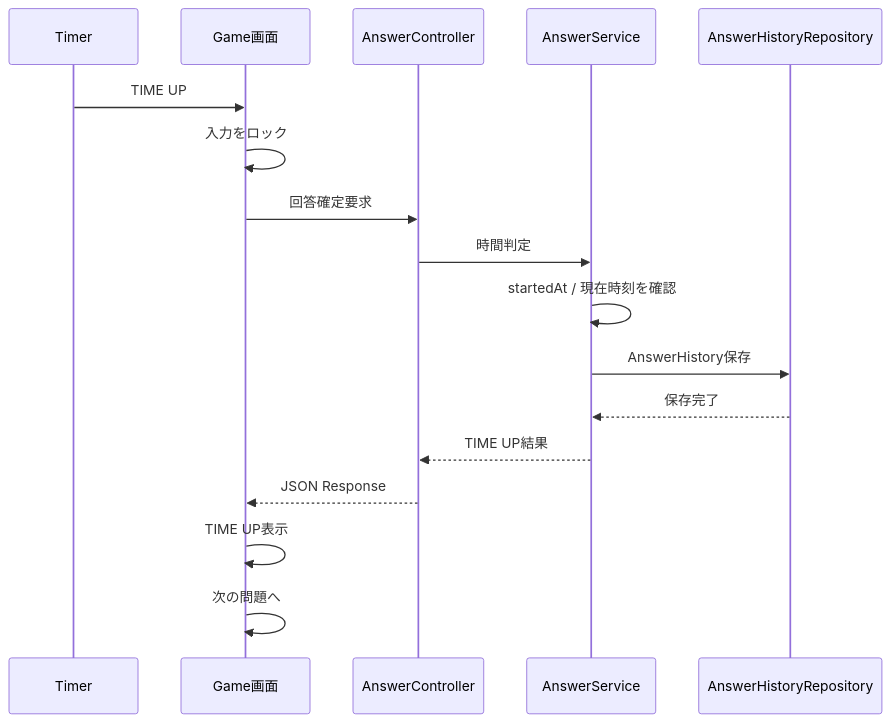
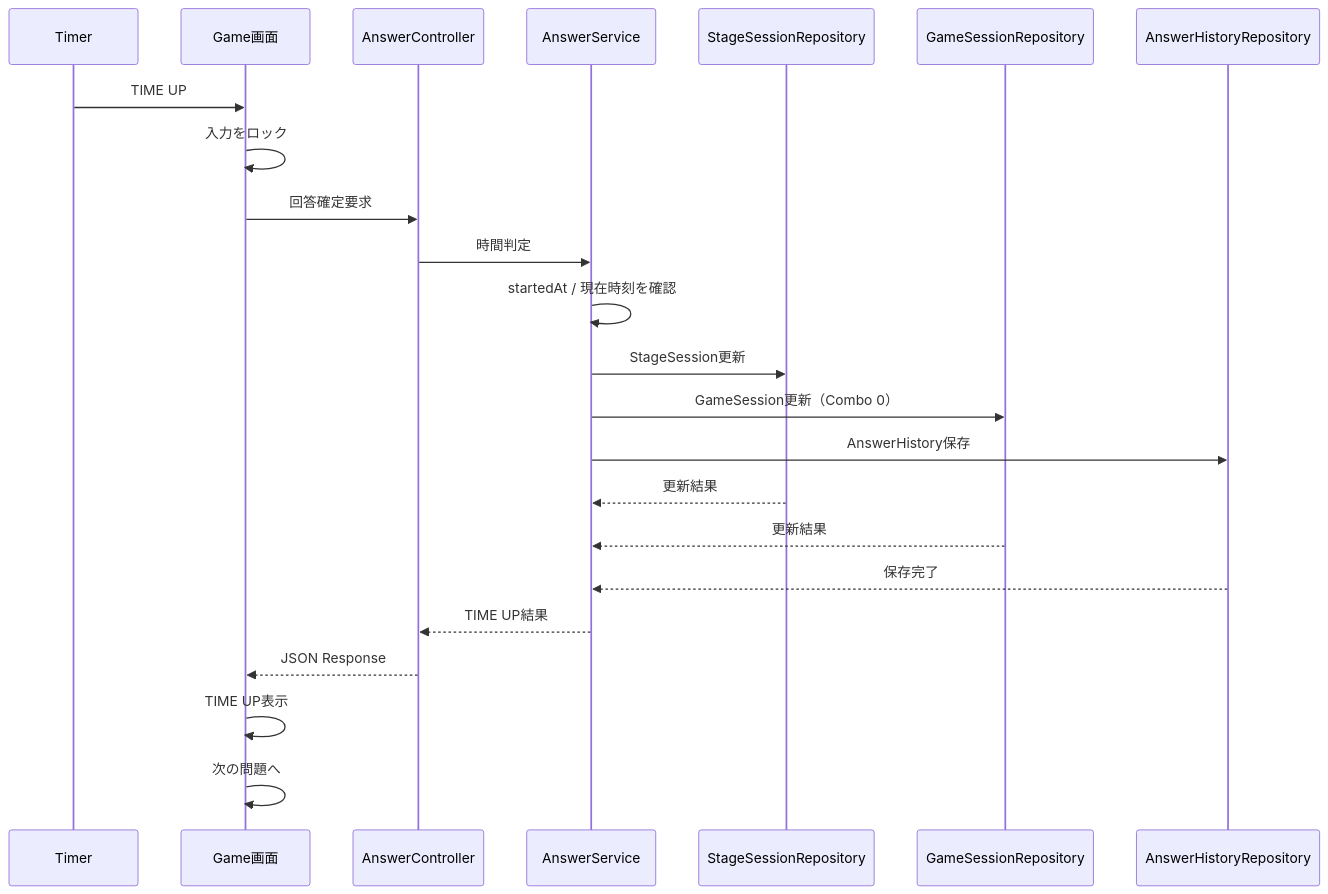
One commit to suu-dev-0203/graduation_JAVAgame changed diagram 19 of 26 in README.md. Above: the diagram before and after it, drawn with Mermaid. The commit also changed other lines of this file, not shown here.

````diff
--- a/README.md
+++ b/README.md
@@ -698,20 +711,26 @@
 ```mermaid
 sequenceDiagram
     participant T as Timer
     participant UI as Game画面
     participant AC as AnswerController
     participant AS as AnswerService
+    participant SR as StageSessionRepository
+    participant GR as GameSessionRepository
     participant HR as AnswerHistoryRepository
 
     T->>UI: TIME UP
     UI->>UI: 入力をロック
     UI->>AC: 回答確定要求
     AC->>AS: 時間判定
     AS->>AS: startedAt / 現在時刻を確認
+    AS->>SR: StageSession更新
+    AS->>GR: GameSession更新（Combo 0）
     AS->>HR: AnswerHistory保存
+    SR-->>AS: 更新結果
+    GR-->>AS: 更新結果
     HR-->>AS: 保存完了
     AS-->>AC: TIME UP結果
     AC-->>UI: JSON Response
     UI->>UI: TIME UP表示
     UI->>UI: 次の問題へ
 ```
````
